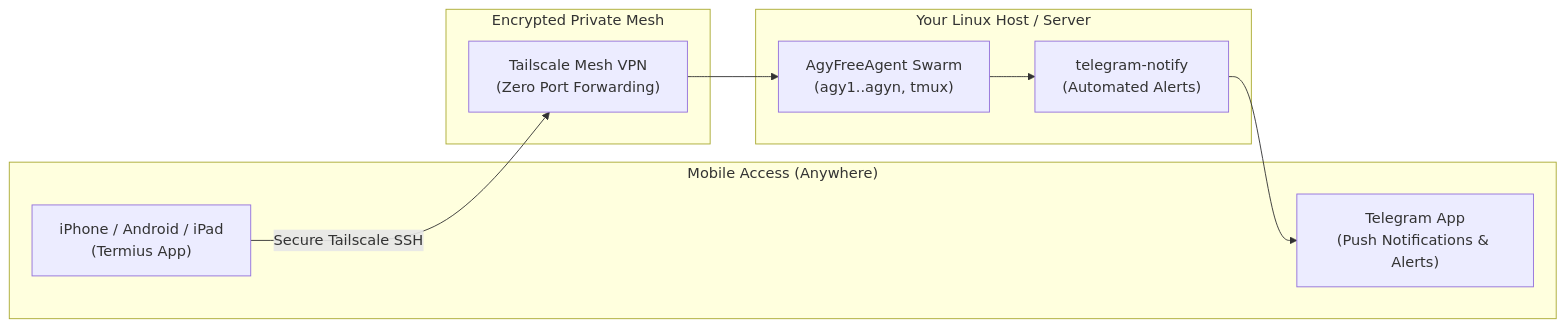
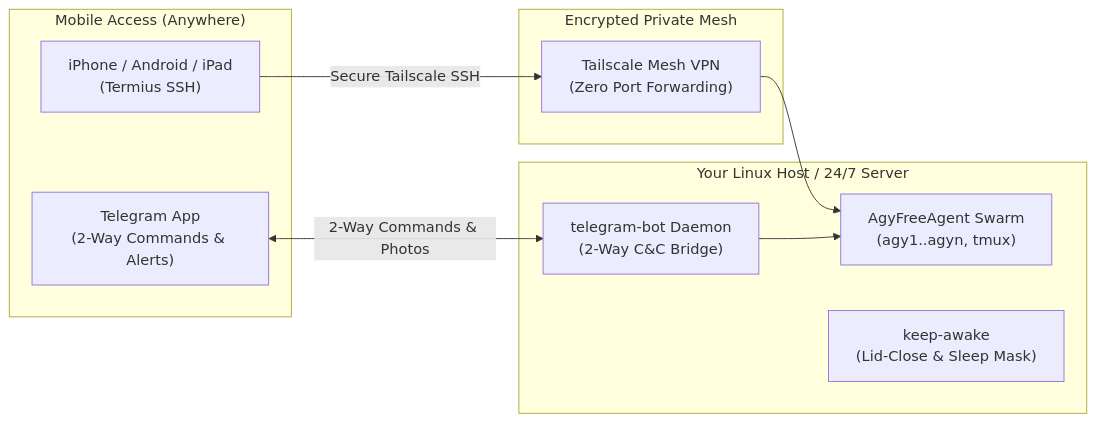
The fifth of 8 diagrams in README.md (HoangYell/agy-free-agent), drawn with Mermaid before and after one commit. The commit also changed other lines of this file and 5 other files, not shown here.

Commit message:
feat(ops): add 24/7 laptop keep-awake optimizer and 2-way interactive Telegram bot bridge

````diff
--- a/README.md
+++ b/README.md
@@ -450,19 +455,21 @@
 ```mermaid
 flowchart LR
     subgraph Mobile["Mobile Access (Anywhere)"]
-        Phone["iPhone / Android / iPad<br/>(Termius App)"]
-        TG["Telegram App<br/>(Push Notifications & Alerts)"]
+        Phone["iPhone / Android / iPad<br/>(Termius SSH)"]
+        TG["Telegram App<br/>(2-Way Commands & Alerts)"]
     end
 
     subgraph Mesh["Encrypted Private Mesh"]
         TS["Tailscale Mesh VPN<br/>(Zero Port Forwarding)"]
     end
 
-    subgraph Host["Your Linux Host / Server"]
+    subgraph Host["Your Linux Host / 24/7 Server"]
         Agy["AgyFreeAgent Swarm<br/>(agy1..agyn, tmux)"]
-        Notifier["telegram-notify<br/>(Automated Alerts)"]
+        Bot["telegram-bot Daemon<br/>(2-Way C&C Bridge)"]
+        Awake["keep-awake<br/>(Lid-Close & Sleep Mask)"]
     end
 
     Phone -->|Secure Tailscale SSH| TS --> Agy
-    Agy --> Notifier --> TG
+    TG <-->|2-Way Commands & Photos| Bot
+    Bot --> Agy
 ```
````
